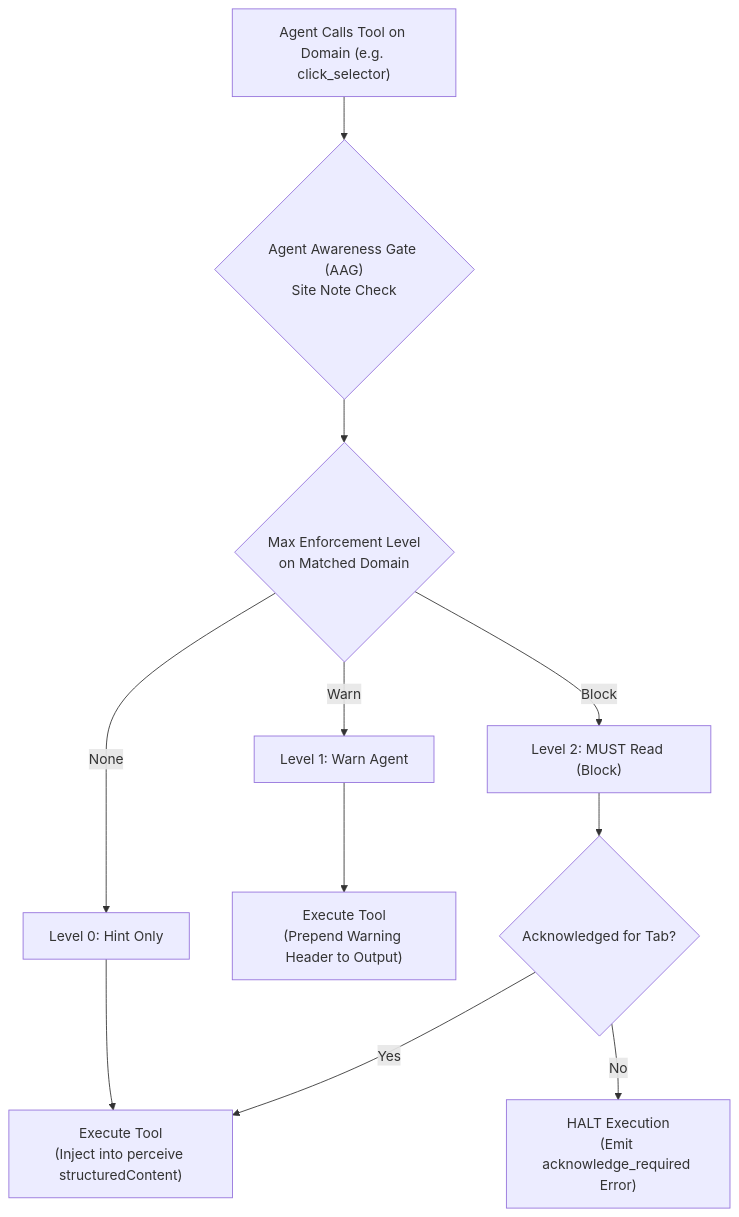
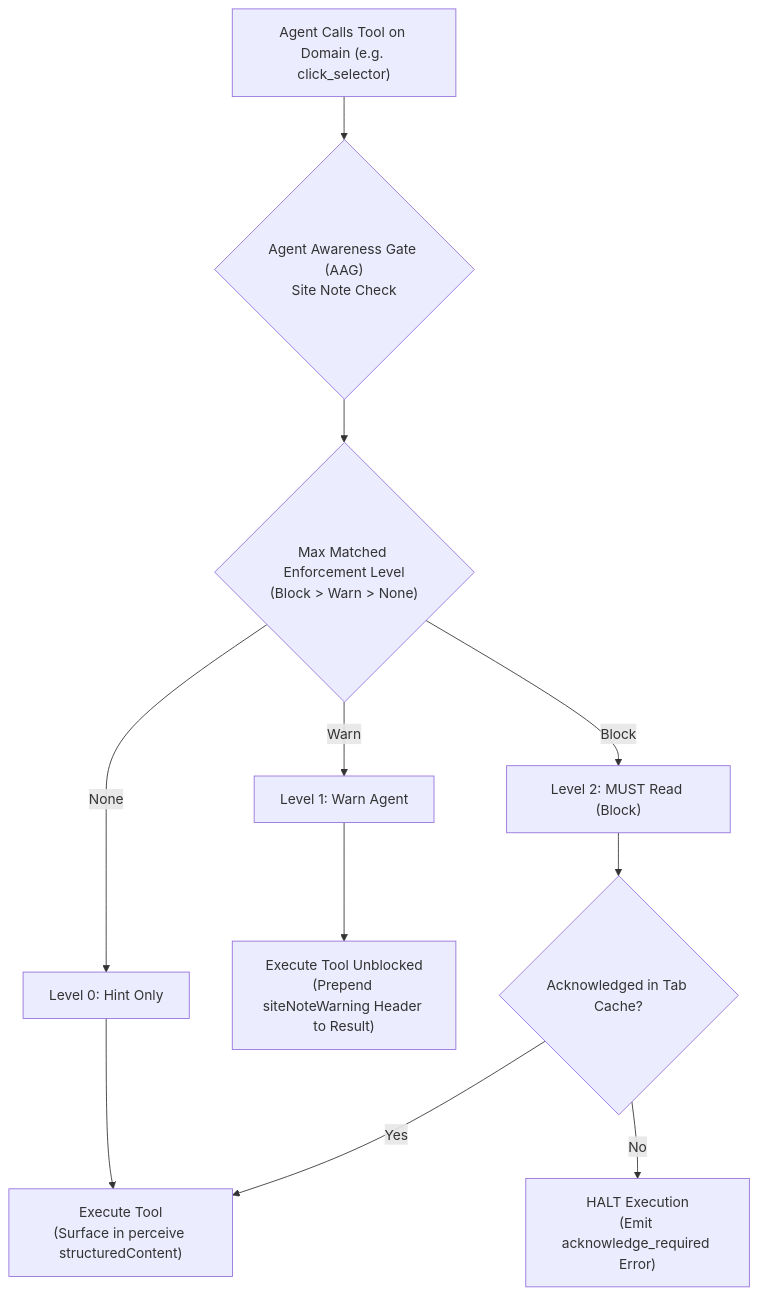
Before and after one commit to joelaniol/nova: the first of 3 diagrams in docs/core-features/learning/domain-notes/README.md, drawn with Mermaid. The commit also changed other lines of this file and 3 other files, not shown here.

Commit message:
docs(domain-notes): deepen multi-tenant lexicon, sandbox binding protocol, and ack cache internals

````diff
--- a/docs/core-features/learning/domain-notes/README.md
+++ b/docs/core-features/learning/domain-notes/README.md
@@ -39,18 +39,18 @@
 ```mermaid
 flowchart TD
     ToolCall["Agent Calls Tool on Domain (e.g. click_selector)"]
     GateCheck{"Agent Awareness Gate (AAG)<br/>Site Note Check"}
     
-    Level{"Max Enforcement Level<br/>on Matched Domain"}
+    Level{"Max Matched Enforcement Level<br/>(Block > Warn > None)"}
     Hint["Level 0: Hint Only"]
     Warn["Level 1: Warn Agent"]
     Block["Level 2: MUST Read (Block)"]
 
     ToolCall --> GateCheck --> Level
-    Level -->|None| Hint --> ExecPass["Execute Tool<br/>(Inject into perceive structuredContent)"]
-    Level -->|Warn| Warn --> ExecWarn["Execute Tool<br/>(Prepend Warning Header to Output)"]
-    Level -->|Block| Block --> AckCheck{"Acknowledged for Tab?"}
+    Level -->|None| Hint --> ExecPass["Execute Tool<br/>(Surface in perceive structuredContent)"]
+    Level -->|Warn| Warn --> ExecWarn["Execute Tool Unblocked<br/>(Prepend siteNoteWarning Header to Result)"]
+    Level -->|Block| Block --> AckCheck{"Acknowledged in Tab Cache?"}
     
     AckCheck -- Yes --> ExecPass
     AckCheck -- No --> HaltBlock["HALT Execution<br/>(Emit acknowledge_required Error)"]
 ```
````
